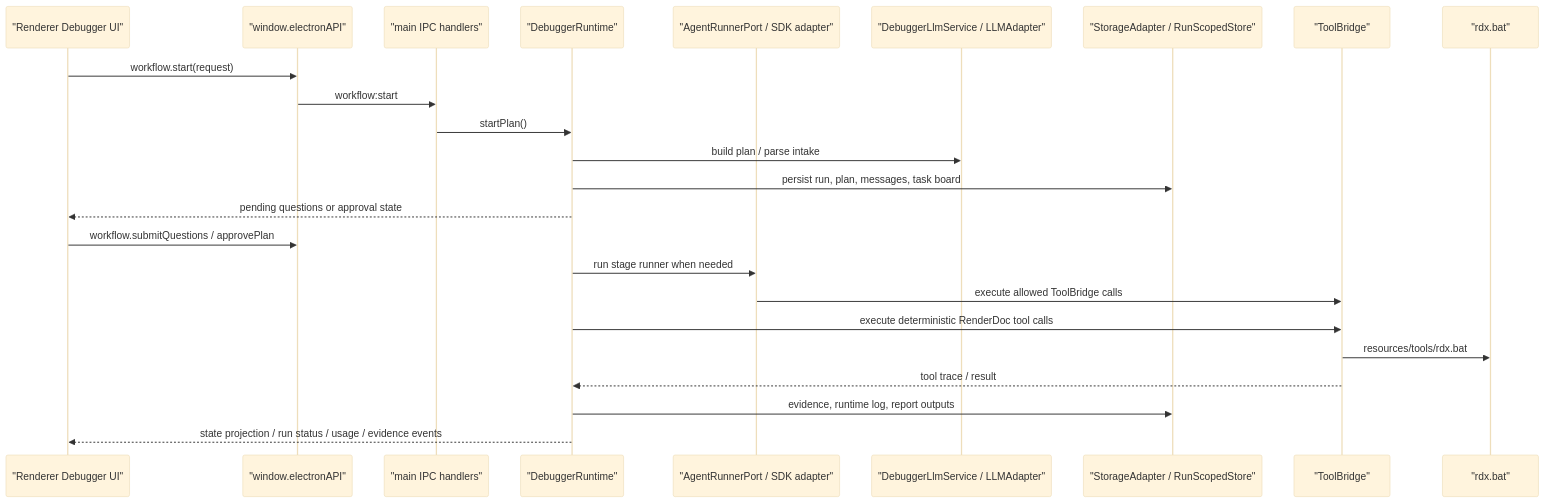
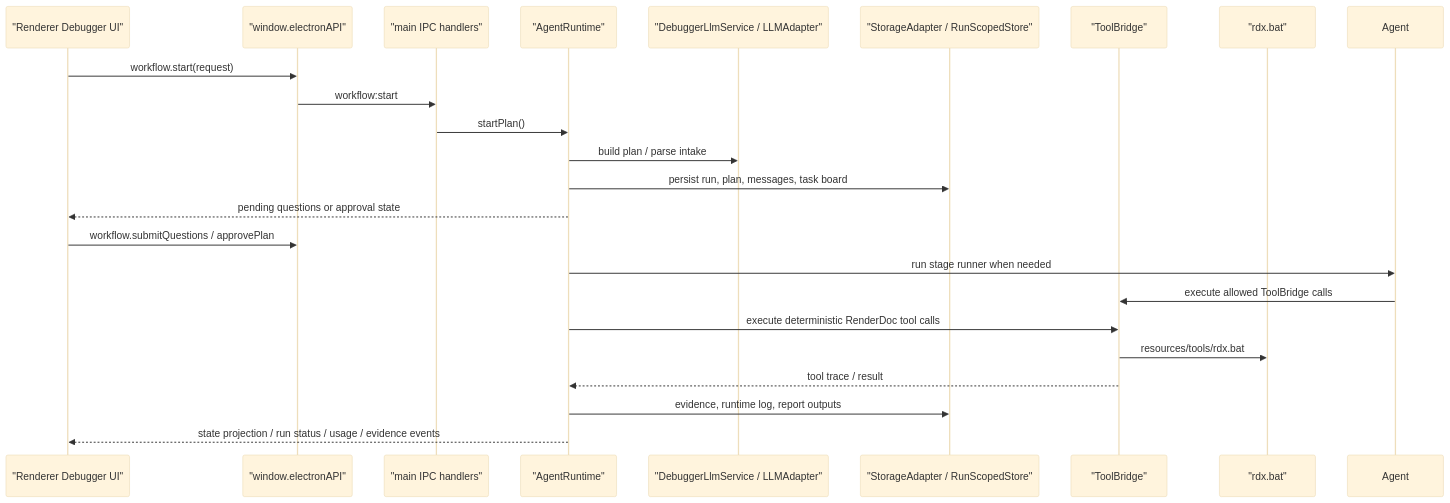
The second of 2 diagrams in docs/architecture/overview.md (haolange/RDC-Agent), drawn with Mermaid (base theme) before and after one commit. The commit also changed other lines of this file and 30 other files, not shown here.

First line of the commit message:
Replace AgentRunner SDK with AgentRuntime/ToolRegistry

````diff
--- a/docs/architecture/overview.md
+++ b/docs/architecture/overview.md
@@ -61,27 +61,27 @@
 ```mermaid
 sequenceDiagram
   participant UI as "Renderer Debugger UI"
   participant API as "window.electronAPI"
   participant IPC as "main IPC handlers"
   participant Runtime as "DebuggerRuntime"
-  participant Agent as "AgentRunnerPort / SDK adapter"
+  participant Runtime as "AgentRuntime"
   participant LLM as "DebuggerLlmService / LLMAdapter"
   participant Store as "StorageAdapter / RunScopedStore"
   participant Tools as "ToolBridge"
   participant RDX as "rdx.bat"
 
   UI->>API: workflow.start(request)
   API->>IPC: workflow:start
   IPC->>Runtime: startPlan()
   Runtime->>LLM: build plan / parse intake
   Runtime->>Store: persist run, plan, messages, task board
   Runtime-->>UI: pending questions or approval state
   UI->>API: workflow.submitQuestions / approvePlan
   Runtime->>Agent: run stage runner when needed
   Agent->>Tools: execute allowed ToolBridge calls
   Runtime->>Tools: execute deterministic RenderDoc tool calls
   Tools->>RDX: resources/tools/rdx.bat
   Tools-->>Runtime: tool trace / result
   Runtime->>Store: evidence, runtime log, report outputs
   Runtime-->>UI: state projection / run status / usage / evidence events
 ```
````
